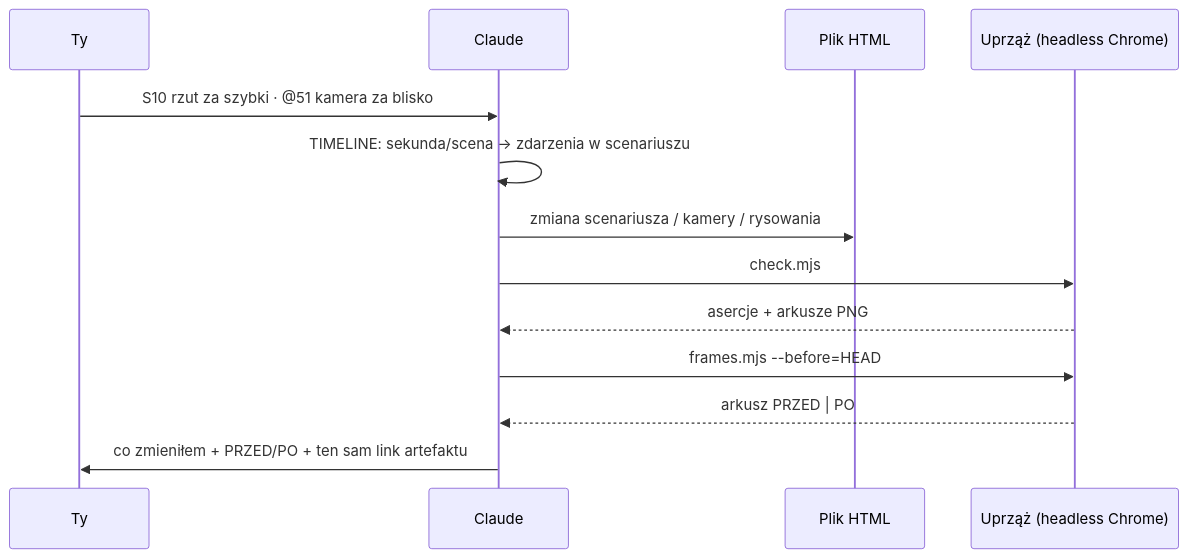
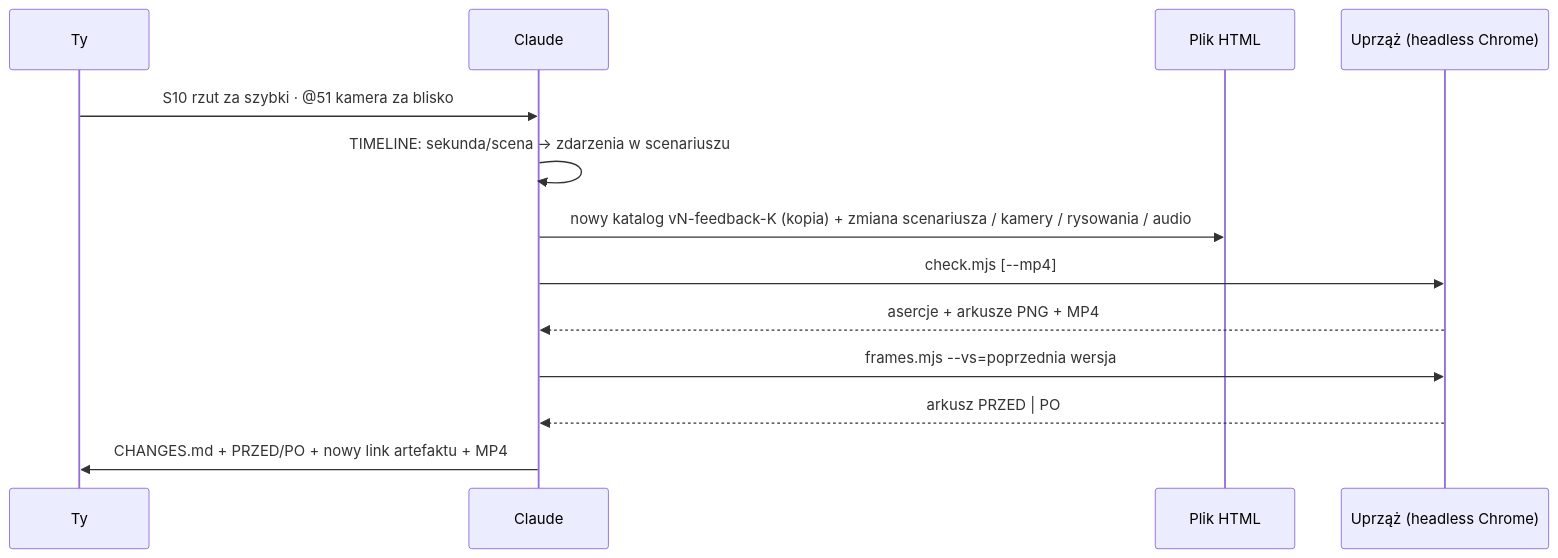
Before and after one commit to drswobodziczka/opus-having-fun-playground: the fourth of 5 diagrams in docs/HOW-IT-WORKS.md, drawn with Mermaid. The commit also changed other lines of this file and 4 other files, not shown here.

Commit message:
docs: HOW-IT-WORKS for v7 (audio pipeline, versions, replay check); options: WebGL render decision (PLAY-001), reusable kit proposal (ANIM-001)

````diff
--- a/docs/HOW-IT-WORKS.md
+++ b/docs/HOW-IT-WORKS.md
@@ -55,15 +89,15 @@
 ```mermaid
 sequenceDiagram
   participant U as Ty
   participant C as Claude
   participant F as Plik HTML
   participant H as Uprząż (headless Chrome)
   U->>C: S10 rzut za szybki · @51 kamera za blisko
   C->>C: TIMELINE: sekunda/scena → zdarzenia w scenariuszu
-  C->>F: zmiana scenariusza / kamery / rysowania
-  C->>H: check.mjs
-  H-->>C: asercje + arkusze PNG
-  C->>H: frames.mjs --before=HEAD
+  C->>F: nowy katalog vN-feedback-K (kopia) + zmiana scenariusza / kamery / rysowania / audio
+  C->>H: check.mjs [--mp4]
+  H-->>C: asercje + arkusze PNG + MP4
+  C->>H: frames.mjs --vs=poprzednia wersja
   H-->>C: arkusz PRZED | PO
-  C->>U: co zmieniłem + PRZED/PO + ten sam link artefaktu
+  C->>U: CHANGES.md + PRZED/PO + nowy link artefaktu + MP4
 ```
````
